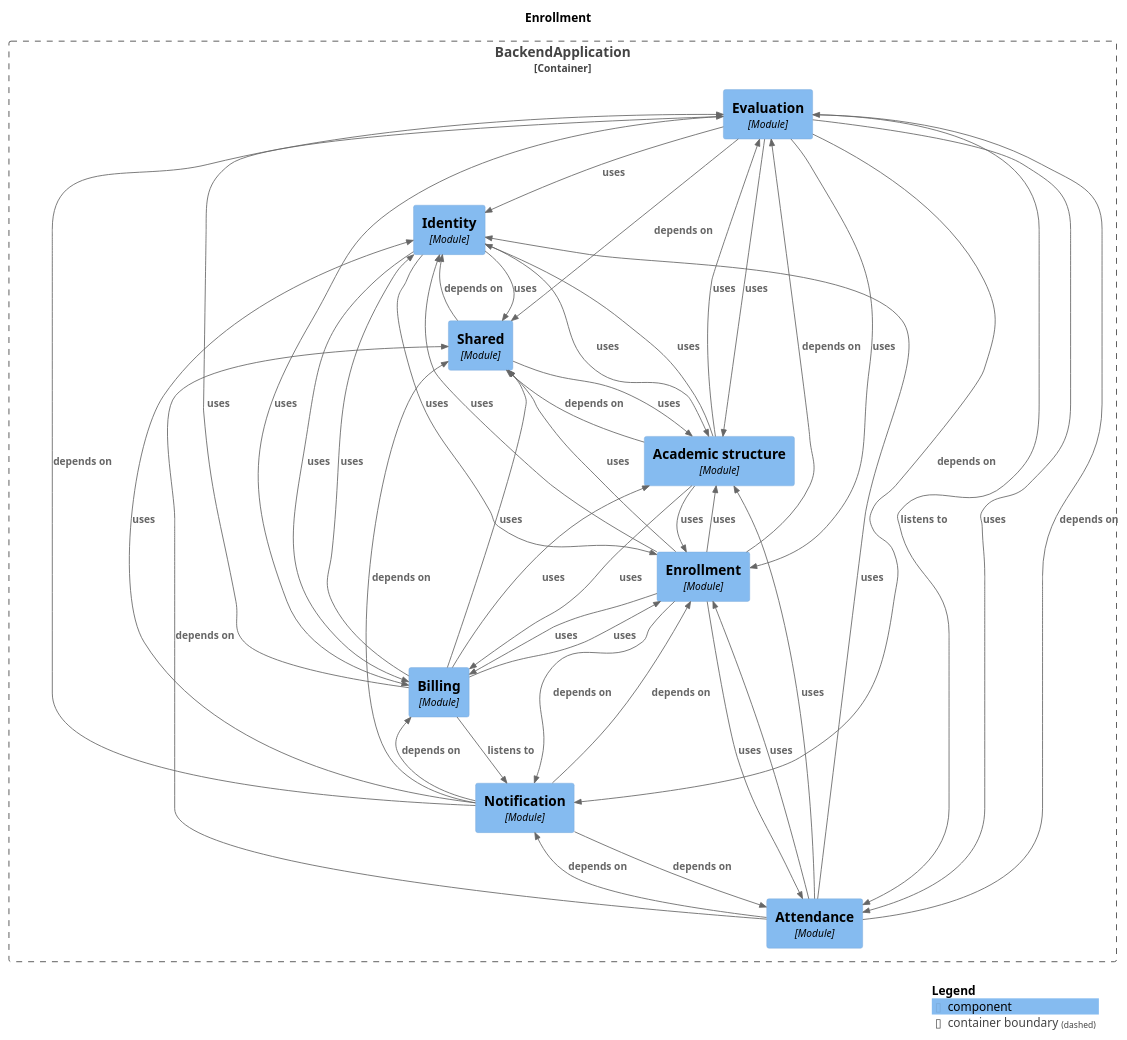
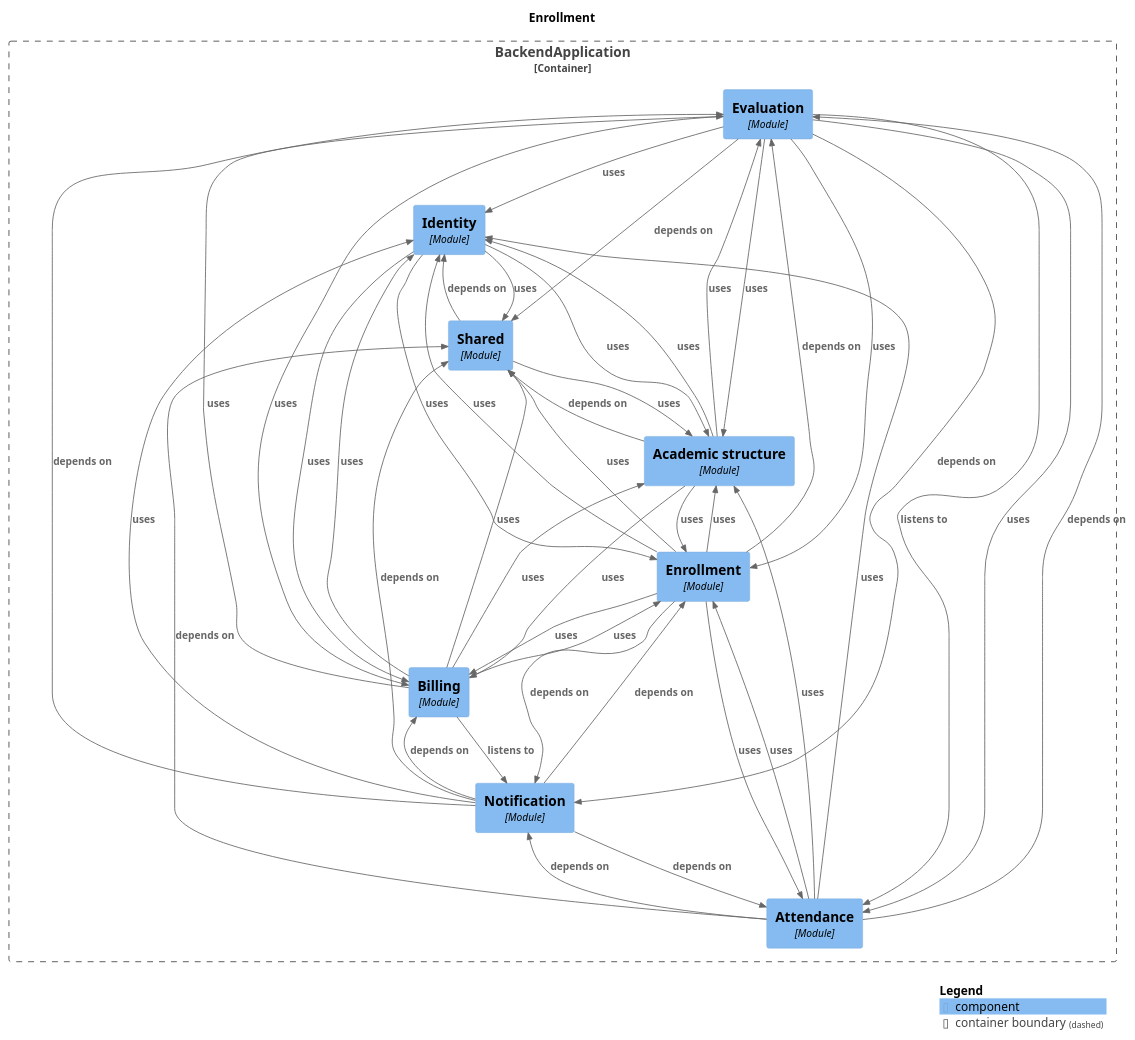
Before and after one commit to Gabriel030/agustina-bermejo-app: the diagram in docs/architecture/module-enrollment.puml, drawn with PlantUML. The commit also changed other lines of this file and 12 other files, not shown here.

```diff
--- a/docs/architecture/module-enrollment.puml
+++ b/docs/architecture/module-enrollment.puml
@@ -1,68 +1,68 @@
 @startuml
 set separator none
 title Enrollment
 
 top to bottom direction
 
 !include <C4/C4>
 !include <C4/C4_Context>
 !include <C4/C4_Component>
 
 Container_Boundary("BackendApplication.BackendApplication_boundary", "BackendApplication", $tags="") {
   Component(BackendApplication.BackendApplication.Evaluation, "Evaluation", $techn="Module", $descr="", $tags="", $link="")
   Component(BackendApplication.BackendApplication.Identity, "Identity", $techn="Module", $descr="", $tags="", $link="")
   Component(BackendApplication.BackendApplication.Notification, "Notification", $techn="Module", $descr="", $tags="", $link="")
   Component(BackendApplication.BackendApplication.Shared, "Shared", $techn="Module", $descr="", $tags="", $link="")
   Component(BackendApplication.BackendApplication.Academicstructure, "Academic structure", $techn="Module", $descr="", $tags="", $link="")
   Component(BackendApplication.BackendApplication.Attendance, "Attendance", $techn="Module", $descr="", $tags="", $link="")
   Component(BackendApplication.BackendApplication.Billing, "Billing", $techn="Module", $descr="", $tags="", $link="")
   Component(BackendApplication.BackendApplication.Enrollment, "Enrollment", $techn="Module", $descr="", $tags="", $link="")
 }
 
+Rel(BackendApplication.BackendApplication.Enrollment, BackendApplication.BackendApplication.Academicstructure, "uses", $techn="", $tags="", $link="")
+Rel(BackendApplication.BackendApplication.Enrollment, BackendApplication.BackendApplication.Attendance, "uses", $techn="", $tags="", $link="")
+Rel(BackendApplication.BackendApplication.Enrollment, BackendApplication.BackendApplication.Shared, "uses", $techn="", $tags="", $link="")
+Rel(BackendApplication.BackendApplication.Academicstructure, BackendApplication.BackendApplication.Shared, "depends on", $techn="", $tags="", $link="")
+Rel(BackendApplication.BackendApplication.Academicstructure, BackendApplication.BackendApplication.Enrollment, "uses", $techn="", $tags="", $link="")
+Rel(BackendApplication.BackendApplication.Academicstructure, BackendApplication.BackendApplication.Billing, "uses", $techn="", $tags="", $link="")
+Rel(BackendApplication.BackendApplication.Academicstructure, BackendApplication.BackendApplication.Identity, "uses", $techn="", $tags="", $link="")
+Rel(BackendApplication.BackendApplication.Academicstructure, BackendApplication.BackendApplication.Evaluation, "uses", $techn="", $tags="", $link="")
+Rel(BackendApplication.BackendApplication.Billing, BackendApplication.BackendApplication.Notification, "listens to", $techn="", $tags="", $link="")
 Rel(BackendApplication.BackendApplication.Billing, BackendApplication.BackendApplication.Identity, "uses", $techn="", $tags="", $link="")
 Rel(BackendApplication.BackendApplication.Billing, BackendApplication.BackendApplication.Enrollment, "uses", $techn="", $tags="", $link="")
 Rel(BackendApplication.BackendApplication.Billing, BackendApplication.BackendApplication.Shared, "uses", $techn="", $tags="", $link="")
 Rel(BackendApplication.BackendApplication.Billing, BackendApplication.BackendApplication.Academicstructure, "uses", $techn="", $tags="", $link="")
 Rel(BackendApplication.BackendApplication.Billing, BackendApplication.BackendApplication.Evaluation, "uses", $techn="", $tags="", $link="")
+Rel(BackendApplication.BackendApplication.Shared, BackendApplication.BackendApplication.Identity, "depends on", $techn="", $tags="", $link="")
+Rel(BackendApplication.BackendApplication.Shared, BackendApplication.BackendApplication.Academicstructure, "uses", $techn="", $tags="", $link="")
 Rel(BackendApplication.BackendApplication.Identity, BackendApplication.BackendApplication.Shared, "uses", $techn="", $tags="", $link="")
 Rel(BackendApplication.BackendApplication.Identity, BackendApplication.BackendApplication.Billing, "uses", $techn="", $tags="", $link="")
 Rel(BackendApplication.BackendApplication.Identity, BackendApplication.BackendApplication.Enrollment, "uses", $techn="", $tags="", $link="")
 Rel(BackendApplication.BackendApplication.Identity, BackendApplication.BackendApplication.Academicstructure, "uses", $techn="", $tags="", $link="")
-Rel(BackendApplication.BackendApplication.Shared, BackendApplication.BackendApplication.Identity, "depends on", $techn="", $tags="", $link="")
-Rel(BackendApplication.BackendApplication.Shared, BackendApplication.BackendApplication.Academicstructure, "uses", $techn="", $tags="", $link="")
+Rel(BackendApplication.BackendApplication.Attendance, BackendApplication.BackendApplication.Shared, "depends on", $techn="", $tags="", $link="")
+Rel(BackendApplication.BackendApplication.Attendance, BackendApplication.BackendApplication.Evaluation, "depends on", $techn="", $tags="", $link="")
+Rel(BackendApplication.BackendApplication.Attendance, BackendApplication.BackendApplication.Notification, "depends on", $techn="", $tags="", $link="")
+Rel(BackendApplication.BackendApplication.Attendance, BackendApplication.BackendApplication.Academicstructure, "uses", $techn="", $tags="", $link="")
+Rel(BackendApplication.BackendApplication.Attendance, BackendApplication.BackendApplication.Enrollment, "uses", $techn="", $tags="", $link="")
+Rel(BackendApplication.BackendApplication.Attendance, BackendApplication.BackendApplication.Identity, "uses", $techn="", $tags="", $link="")
 Rel(BackendApplication.BackendApplication.Evaluation, BackendApplication.BackendApplication.Attendance, "listens to", $techn="", $tags="", $link="")
 Rel(BackendApplication.BackendApplication.Evaluation, BackendApplication.BackendApplication.Shared, "depends on", $techn="", $tags="", $link="")
 Rel(BackendApplication.BackendApplication.Evaluation, BackendApplication.BackendApplication.Notification, "depends on", $techn="", $tags="", $link="")
 Rel(BackendApplication.BackendApplication.Evaluation, BackendApplication.BackendApplication.Academicstructure, "uses", $techn="", $tags="", $link="")
 Rel(BackendApplication.BackendApplication.Evaluation, BackendApplication.BackendApplication.Identity, "uses", $techn="", $tags="", $link="")
 Rel(BackendApplication.BackendApplication.Evaluation, BackendApplication.BackendApplication.Enrollment, "uses", $techn="", $tags="", $link="")
 Rel(BackendApplication.BackendApplication.Evaluation, BackendApplication.BackendApplication.Attendance, "uses", $techn="", $tags="", $link="")
 Rel(BackendApplication.BackendApplication.Evaluation, BackendApplication.BackendApplication.Billing, "uses", $techn="", $tags="", $link="")
-Rel(BackendApplication.BackendApplication.Enrollment, BackendApplication.BackendApplication.Evaluation, "depends on", $techn="", $tags="", $link="")
-Rel(BackendApplication.BackendApplication.Enrollment, BackendApplication.BackendApplication.Notification, "depends on", $techn="", $tags="", $link="")
-Rel(BackendApplication.BackendApplication.Enrollment, BackendApplication.BackendApplication.Billing, "uses", $techn="", $tags="", $link="")
-Rel(BackendApplication.BackendApplication.Enrollment, BackendApplication.BackendApplication.Identity, "uses", $techn="", $tags="", $link="")
-Rel(BackendApplication.BackendApplication.Enrollment, BackendApplication.BackendApplication.Academicstructure, "uses", $techn="", $tags="", $link="")
-Rel(BackendApplication.BackendApplication.Enrollment, BackendApplication.BackendApplication.Attendance, "uses", $techn="", $tags="", $link="")
-Rel(BackendApplication.BackendApplication.Enrollment, BackendApplication.BackendApplication.Shared, "uses", $techn="", $tags="", $link="")
 Rel(BackendApplication.BackendApplication.Notification, BackendApplication.BackendApplication.Attendance, "depends on", $techn="", $tags="", $link="")
 Rel(BackendApplication.BackendApplication.Notification, BackendApplication.BackendApplication.Enrollment, "depends on", $techn="", $tags="", $link="")
 Rel(BackendApplication.BackendApplication.Notification, BackendApplication.BackendApplication.Billing, "depends on", $techn="", $tags="", $link="")
 Rel(BackendApplication.BackendApplication.Notification, BackendApplication.BackendApplication.Evaluation, "depends on", $techn="", $tags="", $link="")
 Rel(BackendApplication.BackendApplication.Notification, BackendApplication.BackendApplication.Shared, "depends on", $techn="", $tags="", $link="")
 Rel(BackendApplication.BackendApplication.Notification, BackendApplication.BackendApplication.Identity, "uses", $techn="", $tags="", $link="")
-Rel(BackendApplication.BackendApplication.Attendance, BackendApplication.BackendApplication.Shared, "depends on", $techn="", $tags="", $link="")
-Rel(BackendApplication.BackendApplication.Attendance, BackendApplication.BackendApplication.Evaluation, "depends on", $techn="", $tags="", $link="")
-Rel(BackendApplication.BackendApplication.Attendance, BackendApplication.BackendApplication.Notification, "depends on", $techn="", $tags="", $link="")
-Rel(BackendApplication.BackendApplication.Attendance, BackendApplication.BackendApplication.Academicstructure, "uses", $techn="", $tags="", $link="")
-Rel(BackendApplication.BackendApplication.Attendance, BackendApplication.BackendApplication.Enrollment, "uses", $techn="", $tags="", $link="")
-Rel(BackendApplication.BackendApplication.Attendance, BackendApplication.BackendApplication.Identity, "uses", $techn="", $tags="", $link="")
-Rel(BackendApplication.BackendApplication.Academicstructure, BackendApplication.BackendApplication.Shared, "depends on", $techn="", $tags="", $link="")
-Rel(BackendApplication.BackendApplication.Academicstructure, BackendApplication.BackendApplication.Enrollment, "uses", $techn="", $tags="", $link="")
-Rel(BackendApplication.BackendApplication.Academicstructure, BackendApplication.BackendApplication.Billing, "uses", $techn="", $tags="", $link="")
-Rel(BackendApplication.BackendApplication.Academicstructure, BackendApplication.BackendApplication.Identity, "uses", $techn="", $tags="", $link="")
-Rel(BackendApplication.BackendApplication.Academicstructure, BackendApplication.BackendApplication.Evaluation, "uses", $techn="", $tags="", $link="")
-Rel(BackendApplication.BackendApplication.Billing, BackendApplication.BackendApplication.Notification, "listens to", $techn="", $tags="", $link="")
+Rel(BackendApplication.BackendApplication.Enrollment, BackendApplication.BackendApplication.Evaluation, "depends on", $techn="", $tags="", $link="")
+Rel(BackendApplication.BackendApplication.Enrollment, BackendApplication.BackendApplication.Notification, "depends on", $techn="", $tags="", $link="")
+Rel(BackendApplication.BackendApplication.Enrollment, BackendApplication.BackendApplication.Billing, "uses", $techn="", $tags="", $link="")
+Rel(BackendApplication.BackendApplication.Enrollment, BackendApplication.BackendApplication.Identity, "uses", $techn="", $tags="", $link="")
 
 SHOW_LEGEND(true)
 @enduml
```
